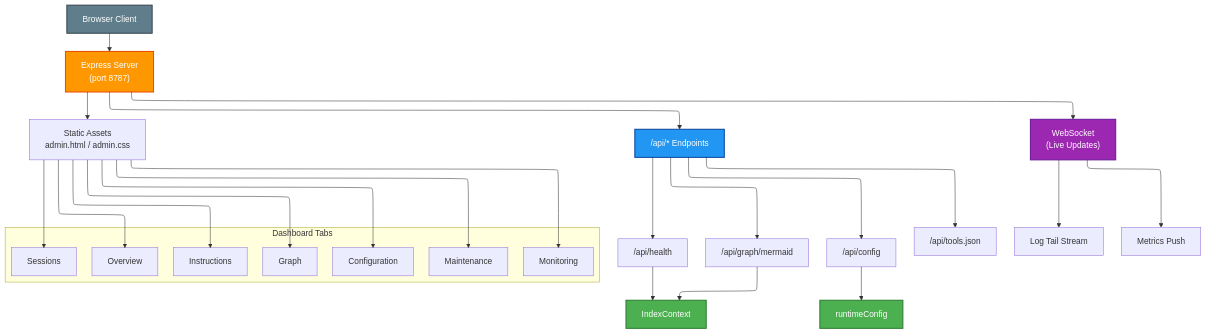
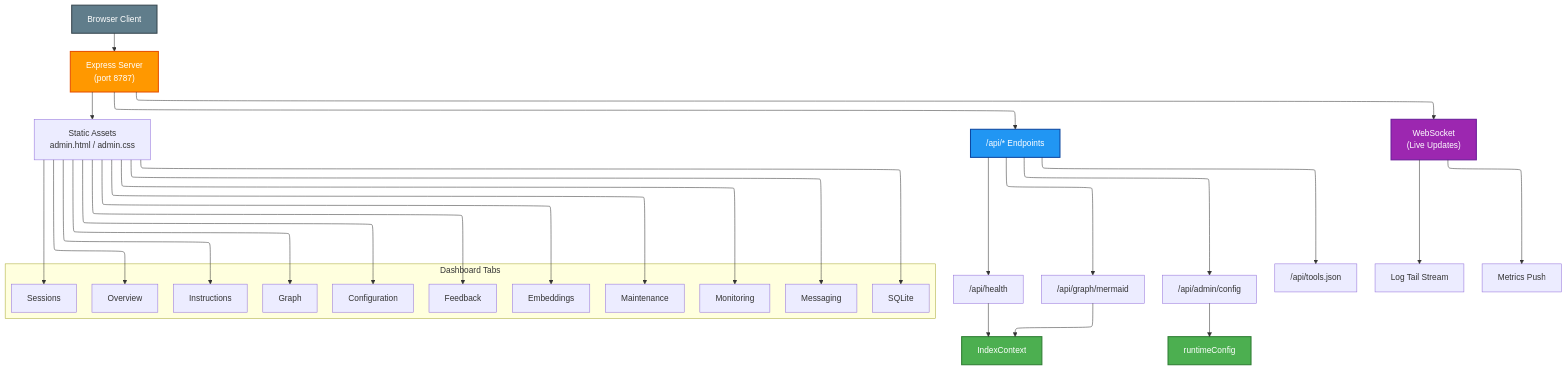
The first of 2 diagrams in docs/dashboard.md (jagilber-org/index-server), drawn with Mermaid before and after one commit. The commit also changed other lines of this file and 388 other files, not shown here.

````diff
--- a/docs/dashboard.md
+++ b/docs/dashboard.md
@@ -28,48 +28,56 @@
 ```mermaid
 ---
 config:
     layout: elk
 ---
 graph TD
     Browser["Browser Client"] --> Express["Express Server<br/>(port 8787)"]
     Express --> Static["Static Assets<br/>admin.html / admin.css"]
     Express --> API["/api/* Endpoints"]
     Express --> WS["WebSocket<br/>(Live Updates)"]
     
     API --> Health["/api/health"]
     API --> GraphAPI["/api/graph/mermaid"]
-    API --> Config["/api/config"]
+    API --> Config["/api/admin/config"]
     API --> Tools["/api/tools.json"]
     
     WS --> LogStream["Log Tail Stream"]
     WS --> MetricsPush["Metrics Push"]
     
     Health --> IndexCtx["IndexContext"]
     GraphAPI --> IndexCtx
     Config --> RuntimeCfg["runtimeConfig"]
     
     subgraph Dashboard Tabs
         Overview["Overview"]
         ConfigTab["Configuration"]
         Sessions["Sessions"]
         Maintenance["Maintenance"]
         Monitoring["Monitoring"]
         Instructions["Instructions"]
         Graph["Graph"]
+        Embeddings["Embeddings"]
+        Messaging["Messaging"]
+        Feedback["Feedback"]
+        SQLite["SQLite"]
     end
 
     Static --> Overview
     Static --> ConfigTab
     Static --> Sessions
     Static --> Maintenance
     Static --> Monitoring
     Static --> Instructions
     Static --> Graph
+    Static --> Embeddings
+    Static --> Messaging
+    Static --> Feedback
+    Static --> SQLite
 
     style Browser fill:#607d8b,stroke:#37474f,stroke-width:2px,color:#fff
     style Express fill:#ff9800,stroke:#e65100,stroke-width:2px,color:#fff
     style API fill:#2196f3,stroke:#0d47a1,stroke-width:2px,color:#fff
     style WS fill:#9c27b0,stroke:#6a1b9a,stroke-width:2px,color:#fff
     style IndexCtx fill:#4caf50,stroke:#2e7d32,stroke-width:2px,color:#fff
     style RuntimeCfg fill:#4caf50,stroke:#2e7d32,stroke-width:2px,color:#fff
 ```
````
